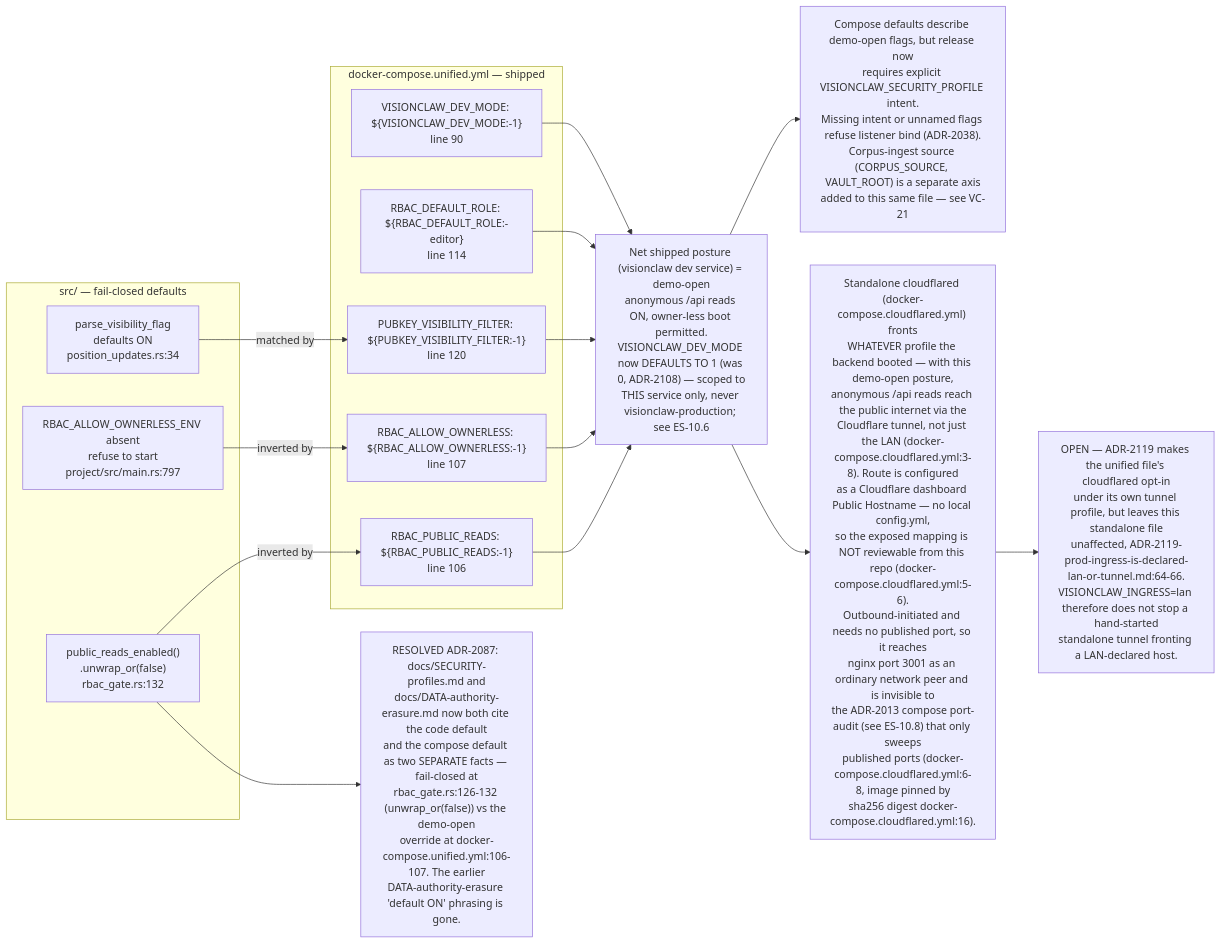
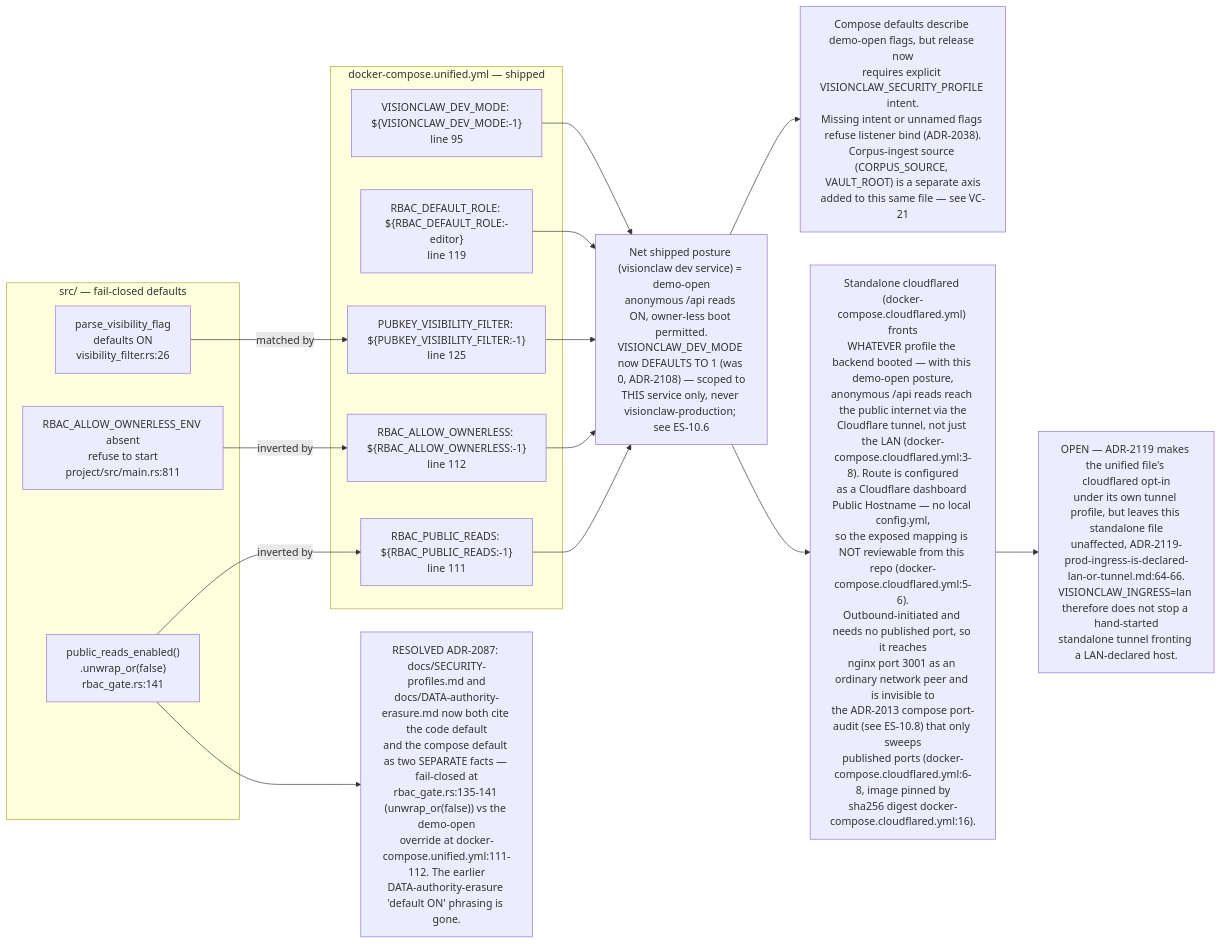
The third of 11 diagrams in docs/diagrams/estate/10-deployment-and-security-profiles.md (DreamLab-AI/VisionFlow), drawn with Mermaid before and after one commit. The commit also changed other lines of this file and 160 other files, not shown here.

````diff
--- a/docs/diagrams/estate/10-deployment-and-security-profiles.md
+++ b/docs/diagrams/estate/10-deployment-and-security-profiles.md
@@ -141,33 +143,33 @@
 ```mermaid
 flowchart LR
     subgraph codeside["src/ — fail-closed defaults"]
-        A1["public_reads_enabled()<br/>.unwrap_or(false)<br/>rbac_gate.rs:132"]
-        A2["RBAC_ALLOW_OWNERLESS_ENV absent<br/>refuse to start<br/>project/src/main.rs:797"]
-        A3["parse_visibility_flag<br/>defaults ON<br/>position_updates.rs:34"]
+        A1["public_reads_enabled()<br/>.unwrap_or(false)<br/>rbac_gate.rs:141"]
+        A2["RBAC_ALLOW_OWNERLESS_ENV absent<br/>refuse to start<br/>project/src/main.rs:811"]
+        A3["parse_visibility_flag<br/>defaults ON<br/>visibility_filter.rs:26"]
     end
     subgraph composeside["docker-compose.unified.yml — shipped"]
-        B1["RBAC_PUBLIC_READS: ${RBAC_PUBLIC_READS:-1}<br/>line 106"]
-        B2["RBAC_ALLOW_OWNERLESS: ${RBAC_ALLOW_OWNERLESS:-1}<br/>line 107"]
-        B3["PUBKEY_VISIBILITY_FILTER: ${PUBKEY_VISIBILITY_FILTER:-1}<br/>line 120"]
-        B4["RBAC_DEFAULT_ROLE: ${RBAC_DEFAULT_ROLE:-editor}<br/>line 114"]
-        B5["VISIONCLAW_DEV_MODE: ${VISIONCLAW_DEV_MODE:-1}<br/>line 90"]
+        B1["RBAC_PUBLIC_READS: ${RBAC_PUBLIC_READS:-1}<br/>line 111"]
+        B2["RBAC_ALLOW_OWNERLESS: ${RBAC_ALLOW_OWNERLESS:-1}<br/>line 112"]
+        B3["PUBKEY_VISIBILITY_FILTER: ${PUBKEY_VISIBILITY_FILTER:-1}<br/>line 125"]
+        B4["RBAC_DEFAULT_ROLE: ${RBAC_DEFAULT_ROLE:-editor}<br/>line 119"]
+        B5["VISIONCLAW_DEV_MODE: ${VISIONCLAW_DEV_MODE:-1}<br/>line 95"]
     end
     NET["Net shipped posture (visionclaw dev service) = demo-open<br/>anonymous /api reads ON, owner-less boot permitted.<br/>VISIONCLAW_DEV_MODE now DEFAULTS TO 1 (was 0, ADR-2108) — scoped to<br/>THIS service only, never visionclaw-production; see ES-10.6"]
     DRIFT1["Compose defaults describe demo-open flags, but release now<br/>requires explicit VISIONCLAW_SECURITY_PROFILE intent.<br/>Missing intent or unnamed flags refuse listener bind (ADR-2038).<br/>Corpus-ingest source (CORPUS_SOURCE, VAULT_ROOT) is a separate axis<br/>added to this same file — see VC-21"]
-    DRIFT2["RESOLVED ADR-2087: docs/SECURITY-profiles.md and<br/>docs/DATA-authority-erasure.md now both cite the code default<br/>and the compose default as two SEPARATE facts — fail-closed at<br/>rbac_gate.rs:126-132 (unwrap_or(false)) vs the demo-open<br/>override at docker-compose.unified.yml:106-107. The earlier<br/>DATA-authority-erasure 'default ON' phrasing is gone."]
+    DRIFT2["RESOLVED ADR-2087: docs/SECURITY-profiles.md and<br/>docs/DATA-authority-erasure.md now both cite the code default<br/>and the compose default as two SEPARATE facts — fail-closed at<br/>rbac_gate.rs:135-141 (unwrap_or(false)) vs the demo-open<br/>override at docker-compose.unified.yml:111-112. The earlier<br/>DATA-authority-erasure 'default ON' phrasing is gone."]
     CFT["Standalone cloudflared (docker-compose.cloudflared.yml) fronts<br/>WHATEVER profile the backend booted — with this demo-open posture,<br/>anonymous /api reads reach the public internet via the<br/>Cloudflare tunnel, not just the LAN (docker-compose.cloudflared.yml:3-8). Route is configured<br/>as a Cloudflare dashboard Public Hostname — no local config.yml,<br/>so the exposed mapping is NOT reviewable from this repo (docker-compose.cloudflared.yml:5-6).<br/>Outbound-initiated and needs no published port, so it reaches<br/>nginx port 3001 as an ordinary network peer and is invisible to<br/>the ADR-2013 compose port-audit (see ES-10.8) that only sweeps<br/>published ports (docker-compose.cloudflared.yml:6-8, image pinned by<br/>sha256 digest docker-compose.cloudflared.yml:16)."]
 
     A1 -- "inverted by" --> B1
     A2 -- "inverted by" --> B2
     A3 -- "matched by" --> B3
     B1 --> NET
     B2 --> NET
     B3 --> NET
     B4 --> NET
     B5 --> NET
     NET --> DRIFT1
     NET --> CFT
     LANGAP["OPEN — ADR-2119 makes the unified file's cloudflared opt-in<br/>under its own tunnel profile, but leaves this standalone file<br/>unaffected, ADR-2119-prod-ingress-is-declared-lan-or-tunnel.md:64-66.<br/>VISIONCLAW_INGRESS=lan therefore does not stop a hand-started<br/>standalone tunnel fronting a LAN-declared host."]
     CFT --> LANGAP
     A1 --> DRIFT2
 ```
````
